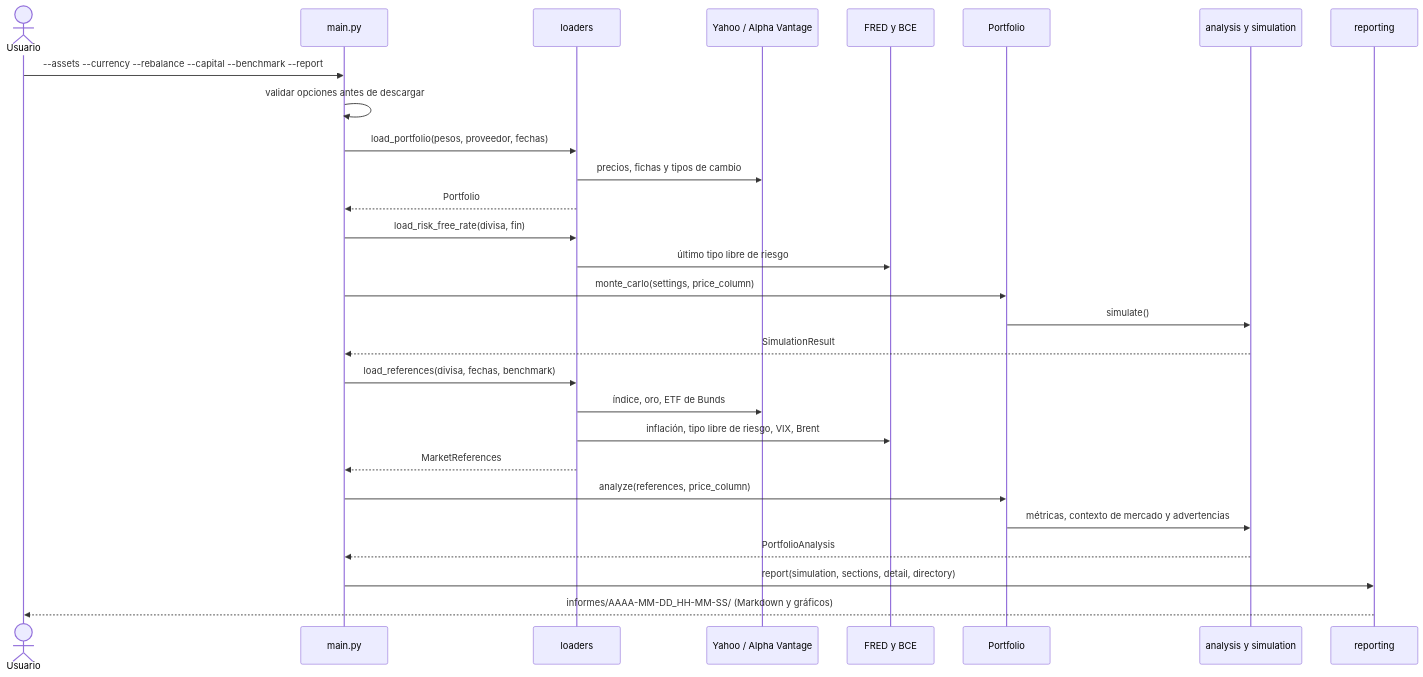
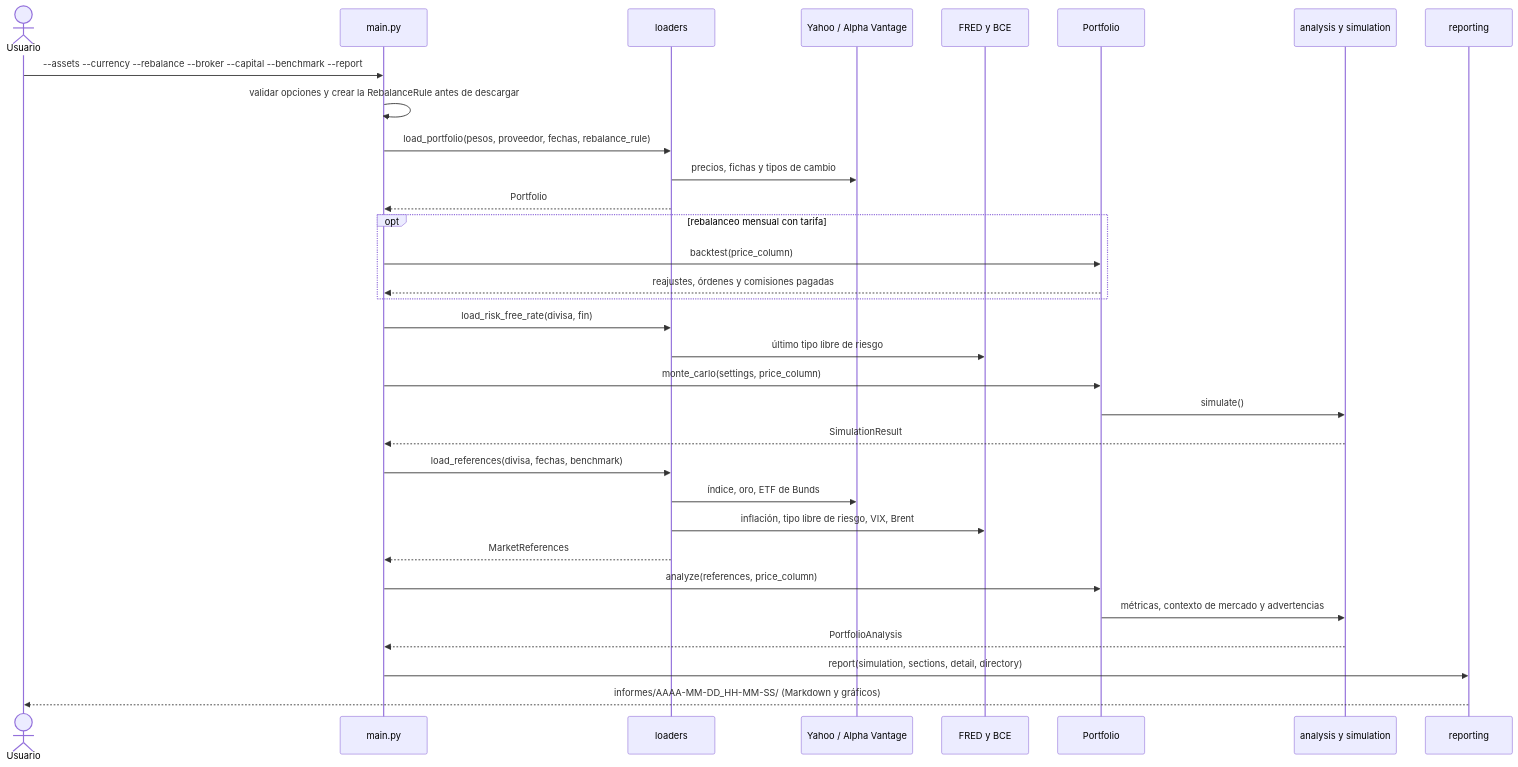
One commit to Diegopasfer1909/tallerb1-t1-equipo7 changed the third of 3 diagrams in docs/arquitectura.md. Above: the diagram before and after it, drawn with Mermaid. The commit also changed other lines of this file and 29 other files, not shown here.

First line of the commit message:
Diagramas de arquitectura al día con las comisiones del rebalanceo

````diff
--- a/docs/arquitectura.md
+++ b/docs/arquitectura.md
@@ -219,31 +268,35 @@
 ```mermaid
 sequenceDiagram
     actor U as Usuario
     participant M as main.py
     participant L as loaders
     participant Y as Yahoo / Alpha Vantage
     participant F as FRED y BCE
     participant P as Portfolio
     participant A as analysis y simulation
     participant R as reporting
 
-    U->>M: --assets --currency --rebalance --capital --benchmark --report
-    M->>M: validar opciones antes de descargar
-    M->>L: load_portfolio(pesos, proveedor, fechas)
+    U->>M: --assets --currency --rebalance --broker --capital --benchmark --report
+    M->>M: validar opciones y crear la RebalanceRule antes de descargar
+    M->>L: load_portfolio(pesos, proveedor, fechas, rebalance_rule)
     L->>Y: precios, fichas y tipos de cambio
     L-->>M: Portfolio
+    opt rebalanceo mensual con tarifa
+        M->>P: backtest(price_column)
+        P-->>M: reajustes, órdenes y comisiones pagadas
+    end
     M->>L: load_risk_free_rate(divisa, fin)
     L->>F: último tipo libre de riesgo
     M->>P: monte_carlo(settings, price_column)
     P->>A: simulate()
     A-->>M: SimulationResult
     M->>L: load_references(divisa, fechas, benchmark)
     L->>Y: índice, oro, ETF de Bunds
     L->>F: inflación, tipo libre de riesgo, VIX, Brent
     L-->>M: MarketReferences
     M->>P: analyze(references, price_column)
     P->>A: métricas, contexto de mercado y advertencias
     A-->>M: PortfolioAnalysis
     M->>R: report(simulation, sections, detail, directory)
     R-->>U: informes/AAAA-MM-DD_HH-MM-SS/ (Markdown y gráficos)
 ```
````
